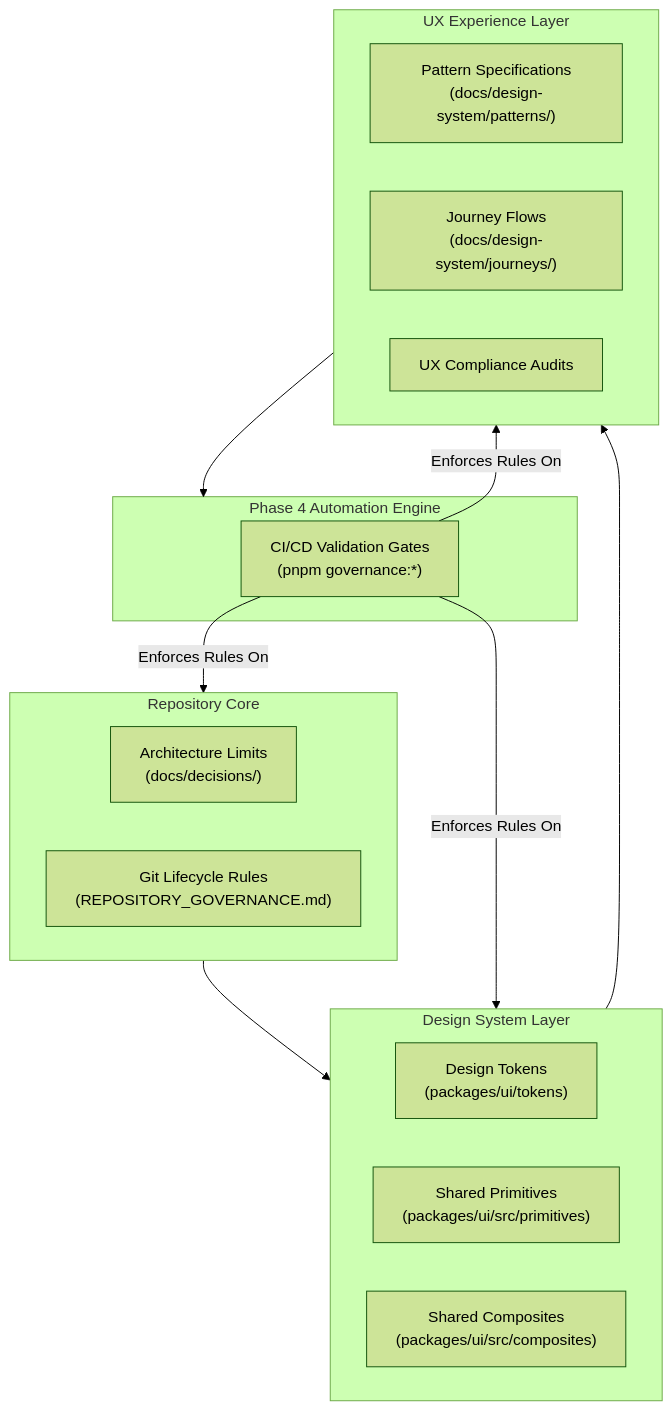
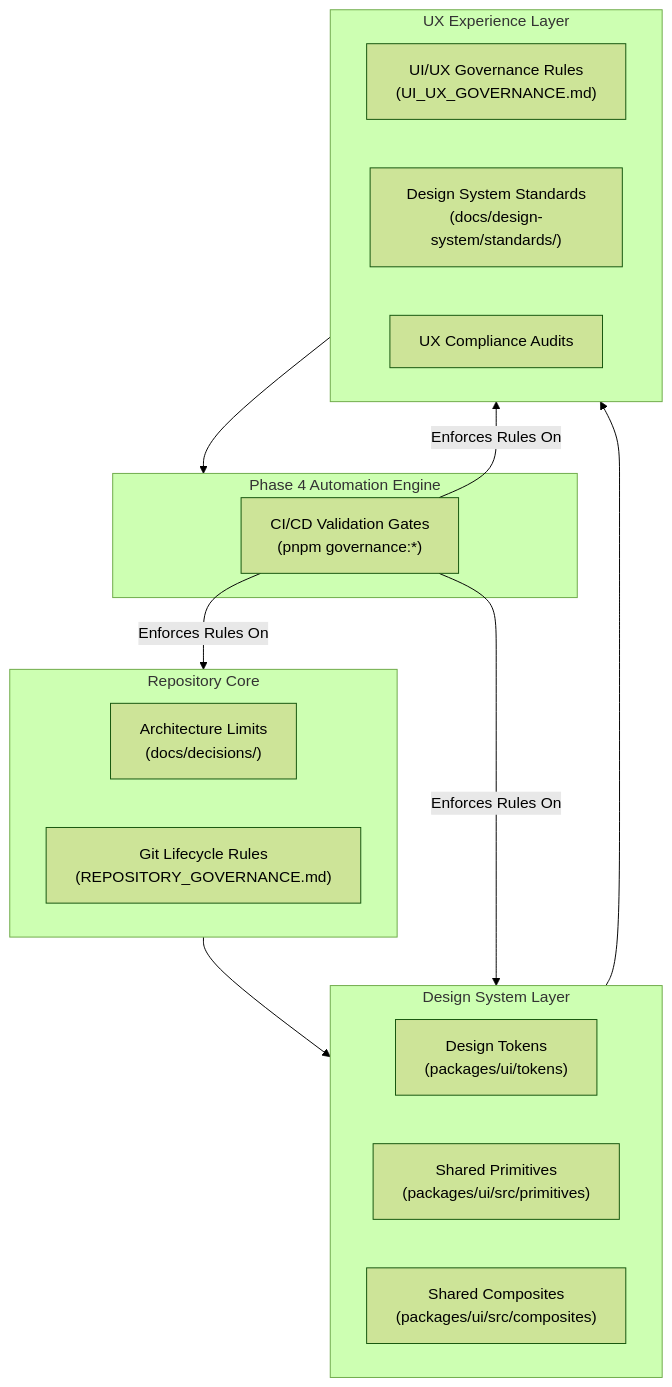
The diagram in docs/governance/ENGINE.md (adminmadusa/MAD-Entertrainment), drawn with Mermaid (forest theme) before and after one commit. The commit also changed other lines of this file and 5 other files, not shown here.

````diff
--- a/docs/governance/ENGINE.md
+++ b/docs/governance/ENGINE.md
@@ -25,30 +25,30 @@
 ```mermaid
 graph TD
     subgraph Repo ["Repository Core"]
         A["Architecture Limits<br>(docs/decisions/)"]
         B["Git Lifecycle Rules<br>(REPOSITORY_GOVERNANCE.md)"]
     end
 
     subgraph Design ["Design System Layer"]
         C["Design Tokens<br>(packages/ui/tokens)"]
         D["Shared Primitives<br>(packages/ui/src/primitives)"]
         E["Shared Composites<br>(packages/ui/src/composites)"]
     end
 
     subgraph UX ["UX Experience Layer"]
-        F["Pattern Specifications<br>(docs/design-system/patterns/)"]
-        G["Journey Flows<br>(docs/design-system/journeys/)"]
+        F["UI/UX Governance Rules<br>(UI_UX_GOVERNANCE.md)"]
+        G["Design System Standards<br>(docs/design-system/standards/)"]
         H["UX Compliance Audits"]
     end
 
     subgraph Automation ["Phase 4 Automation Engine"]
         I["CI/CD Validation Gates<br>(pnpm governance:*)"]
     end
 
     Repo --> Design
     Design --> UX
     UX --> Automation
     I -- Enforces Rules On --> Repo
     I -- Enforces Rules On --> Design
     I -- Enforces Rules On --> UX
 ```
````
